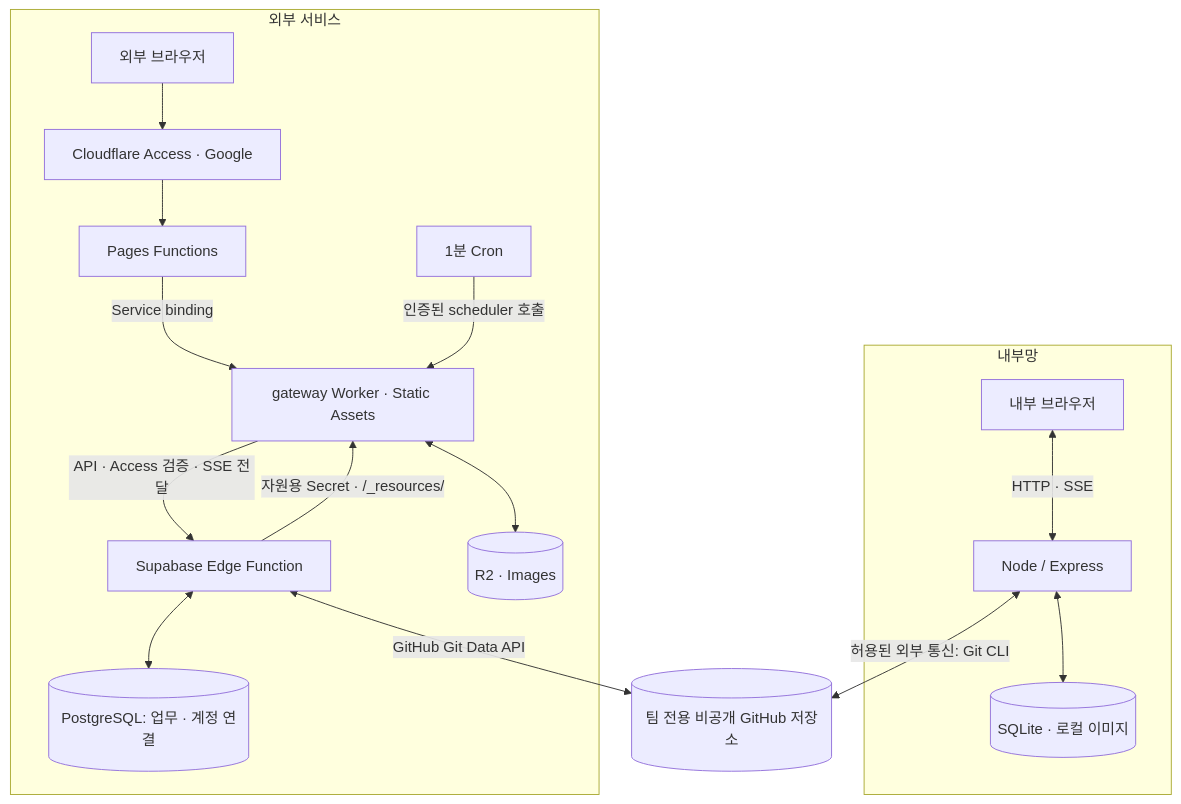
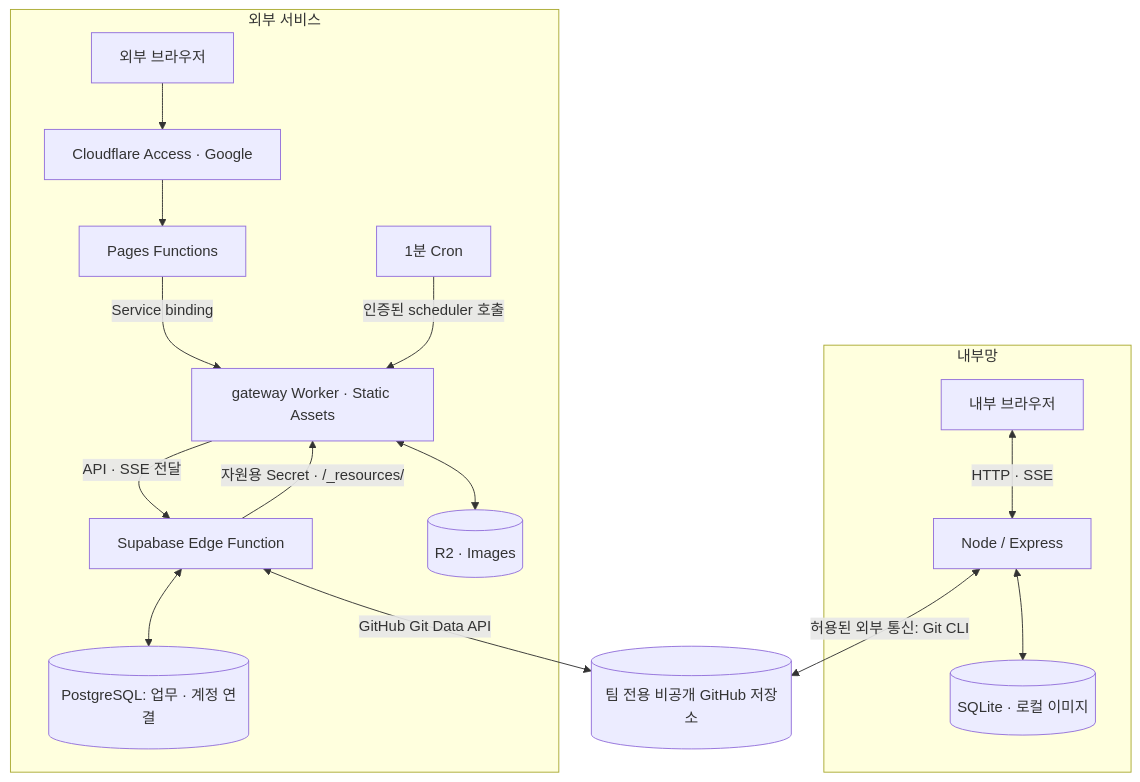
The first of 2 diagrams in docs/ARCHITECTURE.md (hwantage/GraeBoard), drawn with Mermaid before and after one commit. The commit also changed other lines of this file and 8 other files, not shown here.

````diff
--- a/docs/ARCHITECTURE.md
+++ b/docs/ARCHITECTURE.md
@@ -11,30 +11,30 @@
 ```mermaid
 flowchart TB
     subgraph Internal["내부망"]
         IB["내부 브라우저"]
         N["Node / Express"]
         S[("SQLite · 로컬 이미지")]
         IB <-->|"HTTP · SSE"| N
         N <--> S
     end
     G[("팀 전용 비공개 GitHub 저장소")]
     N <-->|"허용된 외부 통신: Git CLI"| G
     subgraph External["외부 서비스"]
         EB["외부 브라우저"]
         A["Cloudflare Access · Google"]
         P["Pages Functions"]
         W["gateway Worker · Static Assets"]
         E["Supabase Edge Function"]
         D[("PostgreSQL: 업무 · 계정 연결")]
         R[("R2 · Images")]
         C["1분 Cron"]
         EB --> A --> P
         P -->|"Service binding"| W
-        W -->|"API · Access 검증 · SSE 전달"| E
+        W -->|"API · SSE 전달"| E
         E <--> D
         E -->|"자원용 Secret · /_resources/"| W
         W <--> R
         C -->|"인증된 scheduler 호출"| W
     end
     E <-->|"GitHub Git Data API"| G
 ```
````
